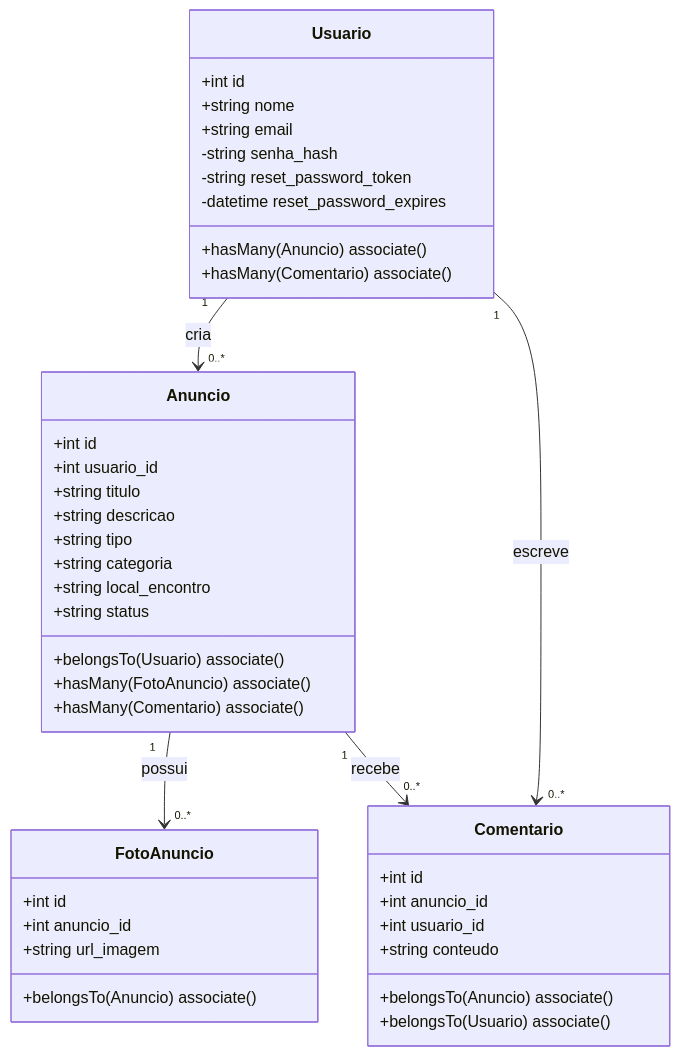
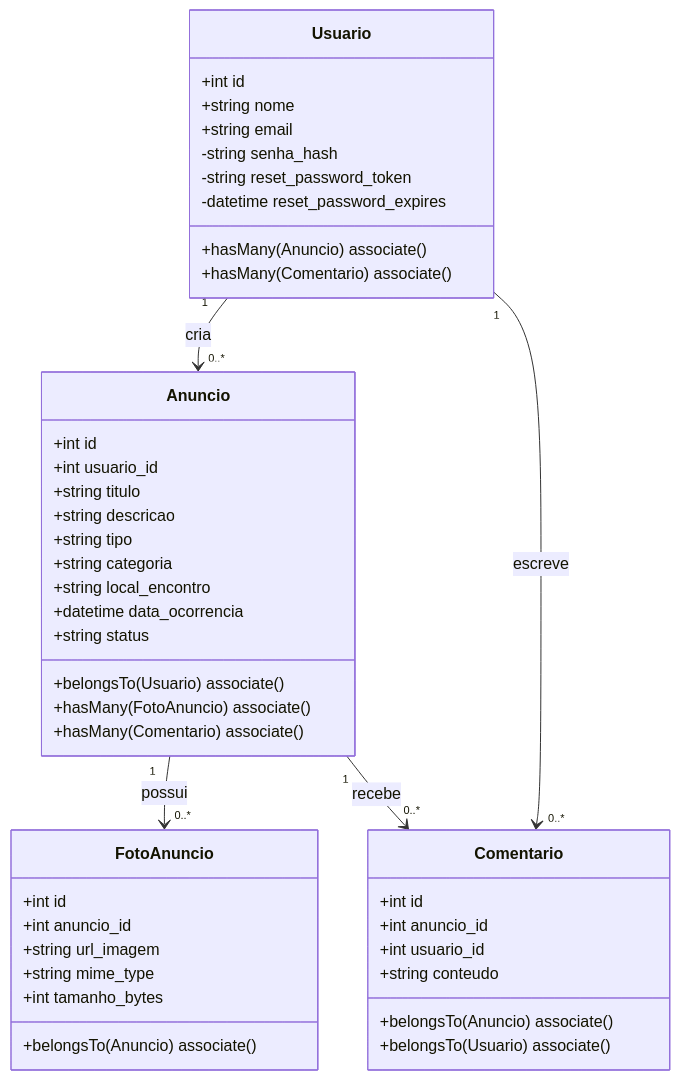
One commit to Matheus-Castro-Paula/Radar-UFLA changed the fourth of 6 diagrams in docs/modelagem/modelagem.md. Above: the diagram before and after it, drawn with Mermaid. The commit also changed other lines of this file, not shown here.

First line of the commit message:
docs(sprint-06): atualiza modelagem com data_ocorrencia e upload

````diff
--- a/docs/modelagem/modelagem.md
+++ b/docs/modelagem/modelagem.md
@@ -208,45 +219,48 @@
 ```mermaid
 classDiagram
     class Usuario {
         +int id
         +string nome
         +string email
         -string senha_hash
         -string reset_password_token
         -datetime reset_password_expires
         +hasMany(Anuncio) associate()
         +hasMany(Comentario) associate()
     }
     class Anuncio {
         +int id
         +int usuario_id
         +string titulo
         +string descricao
         +string tipo
         +string categoria
         +string local_encontro
+        +datetime data_ocorrencia
         +string status
         +belongsTo(Usuario) associate()
         +hasMany(FotoAnuncio) associate()
         +hasMany(Comentario) associate()
     }
     class FotoAnuncio {
         +int id
         +int anuncio_id
         +string url_imagem
+        +string mime_type
+        +int tamanho_bytes
         +belongsTo(Anuncio) associate()
     }
     class Comentario {
         +int id
         +int anuncio_id
         +int usuario_id
         +string conteudo
         +belongsTo(Anuncio) associate()
         +belongsTo(Usuario) associate()
     }
 
     Usuario "1" --> "0..*" Anuncio : cria
     Usuario "1" --> "0..*" Comentario : escreve
     Anuncio "1" --> "0..*" FotoAnuncio : possui
     Anuncio "1" --> "0..*" Comentario : recebe
 ```
````
